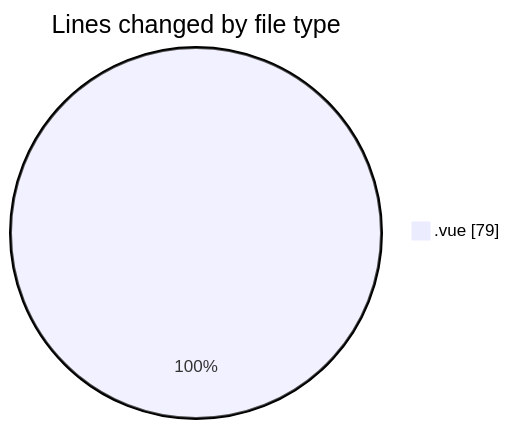
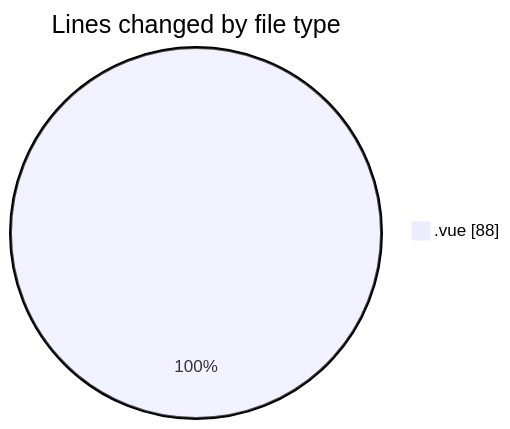
The first of 2 diagrams in 2025-08-11/rentotp/README.md (lephambinh05/code-tracking), drawn with Mermaid before and after one commit. The commit also changed other lines of this file and 1 other file, not shown here.

````diff
--- a/2025-08-11/rentotp/README.md
+++ b/2025-08-11/rentotp/README.md
@@ -21,5 +21,5 @@
 ```mermaid
 pie showData
 title Lines changed by file type
-".vue" : 79
+".vue" : 88
 ```
````
